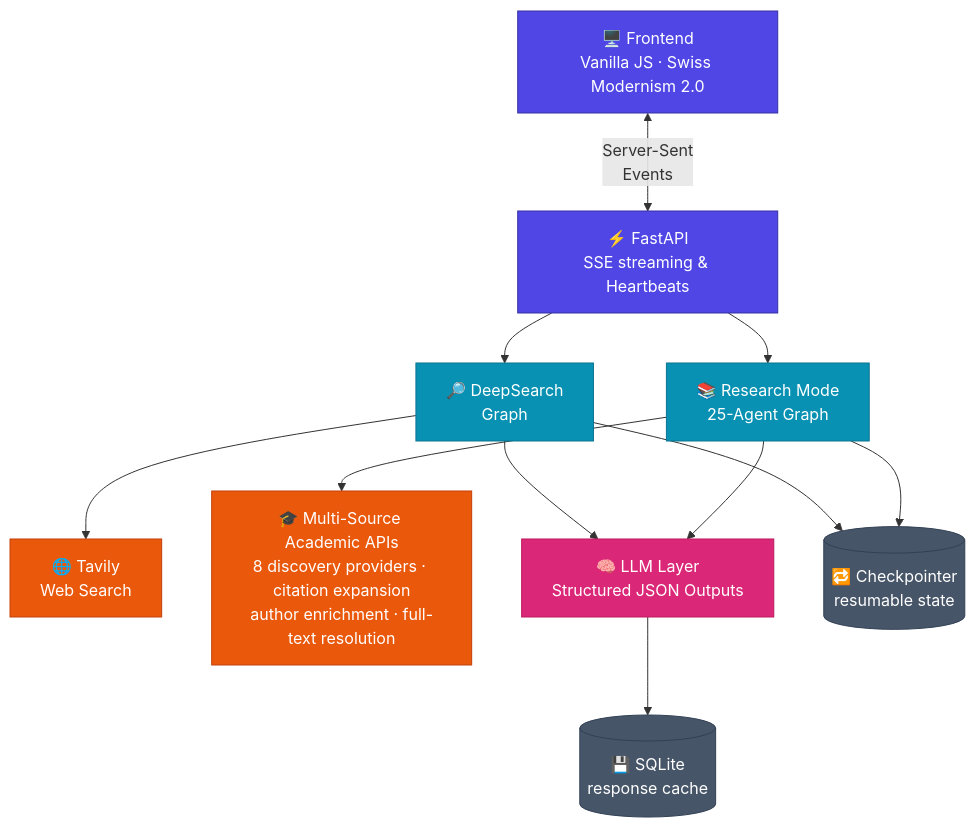
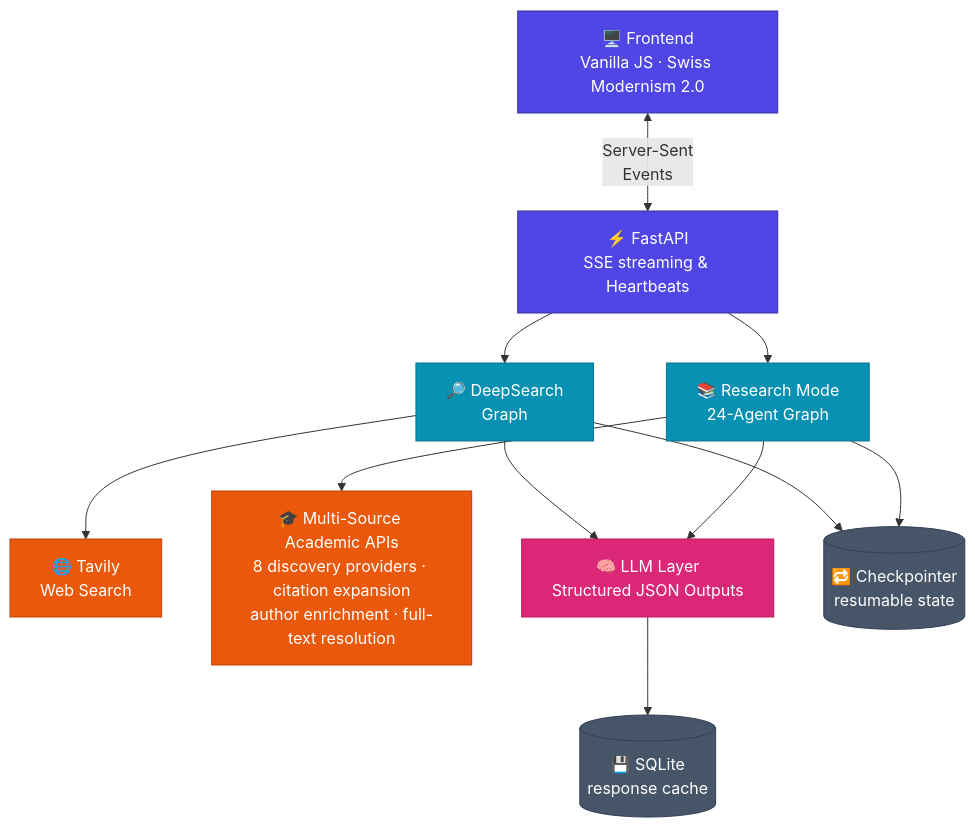
The diagram in README.md (Aryan-Pardeshi/CiteProof), drawn with Mermaid before and after one commit. The commit also changed other lines of this file and 7 other files, not shown here.

````diff
--- a/README.md
+++ b/README.md
@@ -34,30 +34,30 @@
 ```mermaid
 flowchart TB
     UI["🖥️ Frontend<br/>Vanilla JS · Swiss Modernism 2.0"]
     API["⚡ FastAPI<br/>SSE streaming & Heartbeats"]
 
     UI <-->|"Server-Sent<br/>Events"| API
 
     API --> DS["🔎 DeepSearch<br/>Graph"]
-    API --> RM["📚 Research Mode<br/>25-Agent Graph"]
+    API --> RM["📚 Research Mode<br/>24-Agent Graph"]
 
     DS --> TAV["🌐 Tavily<br/>Web Search"]
     RM --> ACAD["🎓 Multi-Source Academic APIs<br/>8 discovery providers · citation expansion<br/>author enrichment · full-text resolution"]
 
     DS --> LLM["🧠 LLM Layer<br/>Structured JSON Outputs"]
     RM --> LLM
     LLM --> CACHE[("💾 SQLite<br/>response cache")]
 
     DS --> CP[("🔁 Checkpointer<br/>resumable state")]
     RM --> CP
 
     style UI fill:#4f46e5,stroke:#3730a3,color:#fff
     style API fill:#4f46e5,stroke:#3730a3,color:#fff
     style DS fill:#0891b2,stroke:#0e7490,color:#fff
     style RM fill:#0891b2,stroke:#0e7490,color:#fff
     style TAV fill:#ea580c,stroke:#c2410c,color:#fff
     style ACAD fill:#ea580c,stroke:#c2410c,color:#fff
     style LLM fill:#db2777,stroke:#be185d,color:#fff
     style CACHE fill:#475569,stroke:#334155,color:#fff
     style CP fill:#475569,stroke:#334155,color:#fff
 ```
````
